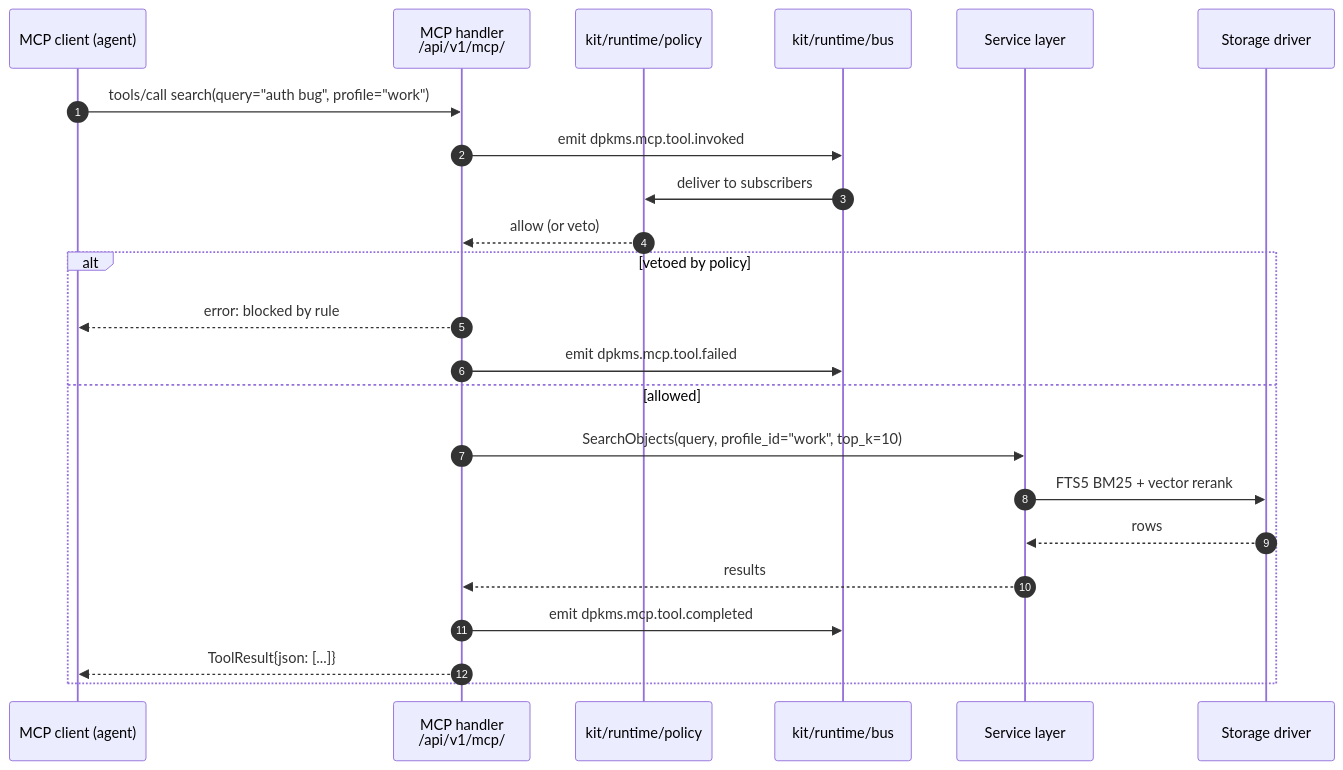
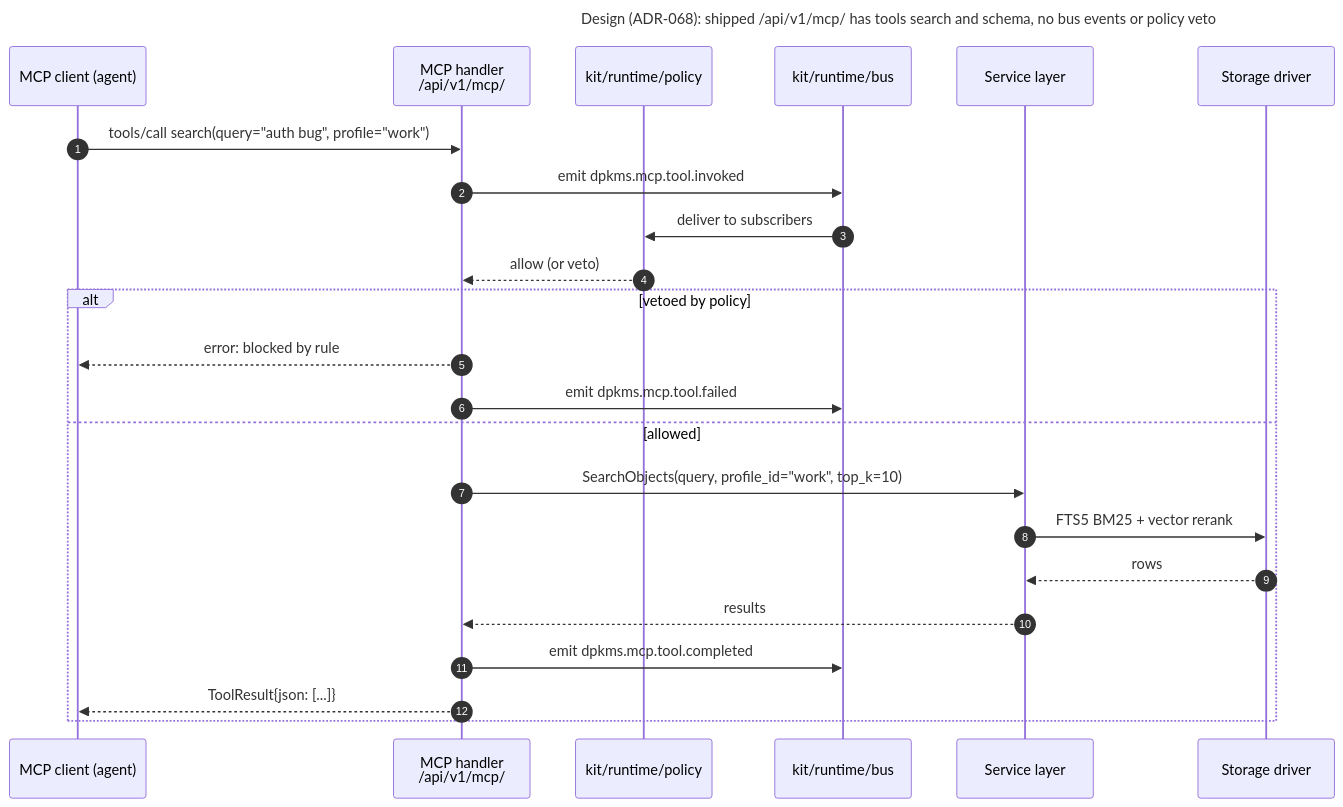
The diagram in docs/diagrams/ambient/068-tool-dispatch.mmd (ContextHelp/ContextHelp), drawn with Mermaid before and after one commit. The commit also changed 17 other files, not shown here.

First line of the commit message:
docs(plugins): mark plugin examples and ambient diagrams as unbuilt design

````diff
--- a/docs/diagrams/ambient/068-tool-dispatch.mmd
+++ b/docs/diagrams/ambient/068-tool-dispatch.mmd
@@ -1,27 +1,30 @@
 ```mermaid
+---
+title: "Design (ADR-068): shipped /api/v1/mcp/ has tools search and schema, no bus events or policy veto"
+---
 sequenceDiagram
     autonumber
     participant agent as MCP client (agent)
     participant mcp as MCP handler<br/>/api/v1/mcp/
     participant policy as kit/runtime/policy
     participant bus as kit/runtime/bus
     participant svc as Service layer
     participant store as Storage driver
 
     agent->>mcp: tools/call search(query="auth bug", profile="work")
     mcp->>bus: emit dpkms.mcp.tool.invoked
     bus->>policy: deliver to subscribers
     policy-->>mcp: allow (or veto)
 
     alt vetoed by policy
         mcp-->>agent: error: blocked by rule
         mcp->>bus: emit dpkms.mcp.tool.failed
     else allowed
         mcp->>svc: SearchObjects(query, profile_id="work", top_k=10)
         svc->>store: FTS5 BM25 + vector rerank
         store-->>svc: rows
         svc-->>mcp: results
         mcp->>bus: emit dpkms.mcp.tool.completed
         mcp-->>agent: ToolResult{json: [...]}
     end
 ```
````
